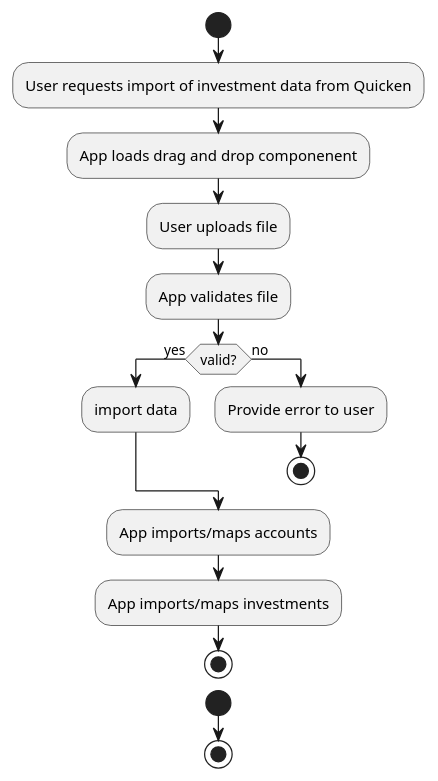
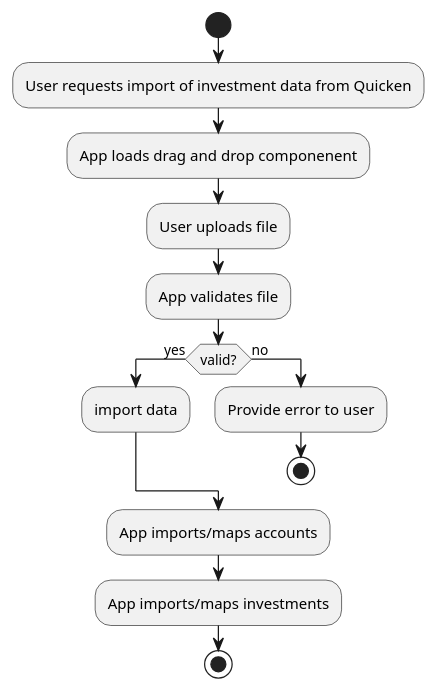
The diagram in activities.plantUML (tim-rohrer/quicken-data-extractor), drawn with PlantUML before and after one commit.

Commit message:
docs: Fix extraneous code

```diff
--- a/activities.plantUML
+++ b/activities.plantUML
@@ -1,18 +1,16 @@
 @startuml Activities
 start
 :User requests import of investment data from Quicken;
 :App loads drag and drop componenent;
 :User uploads file;
 :App validates file;
 if (valid?) then (yes)
   :import data;
 else (no)
   :Provide error to user;
   stop
 endif
 :App imports/maps accounts;
 :App imports/maps investments;
 stop
-start
-stop
 @enduml
```
